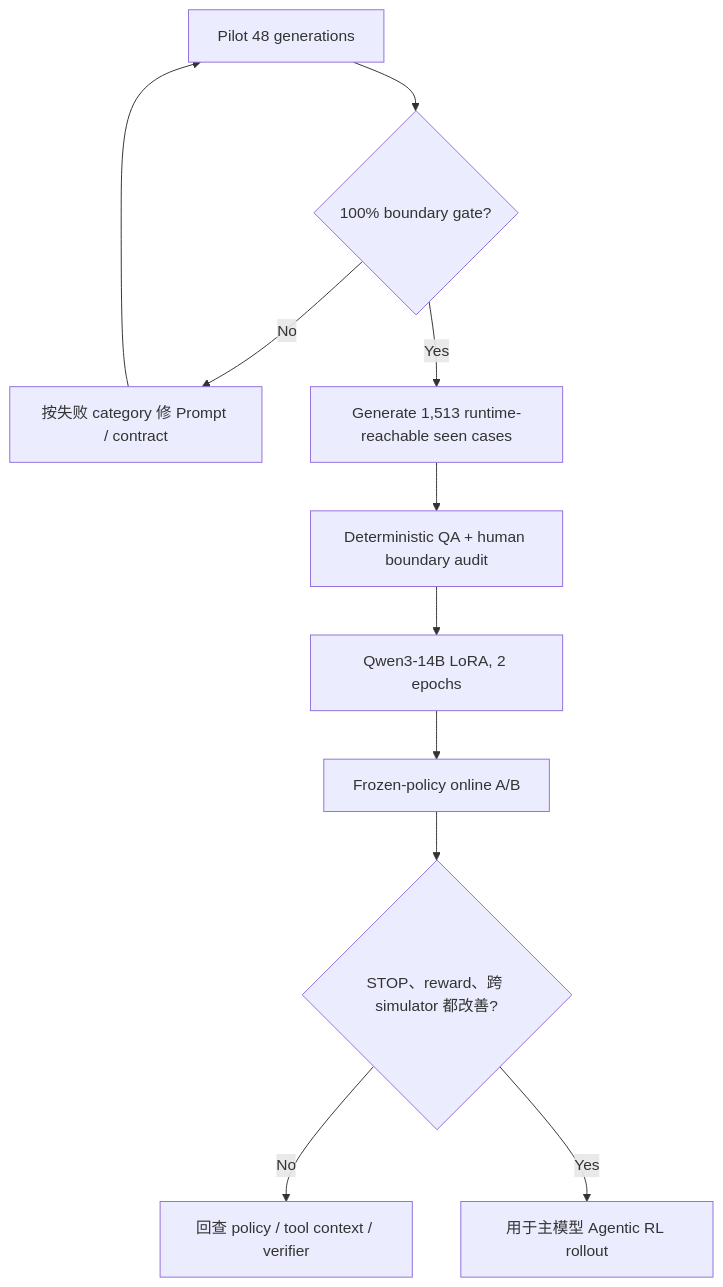
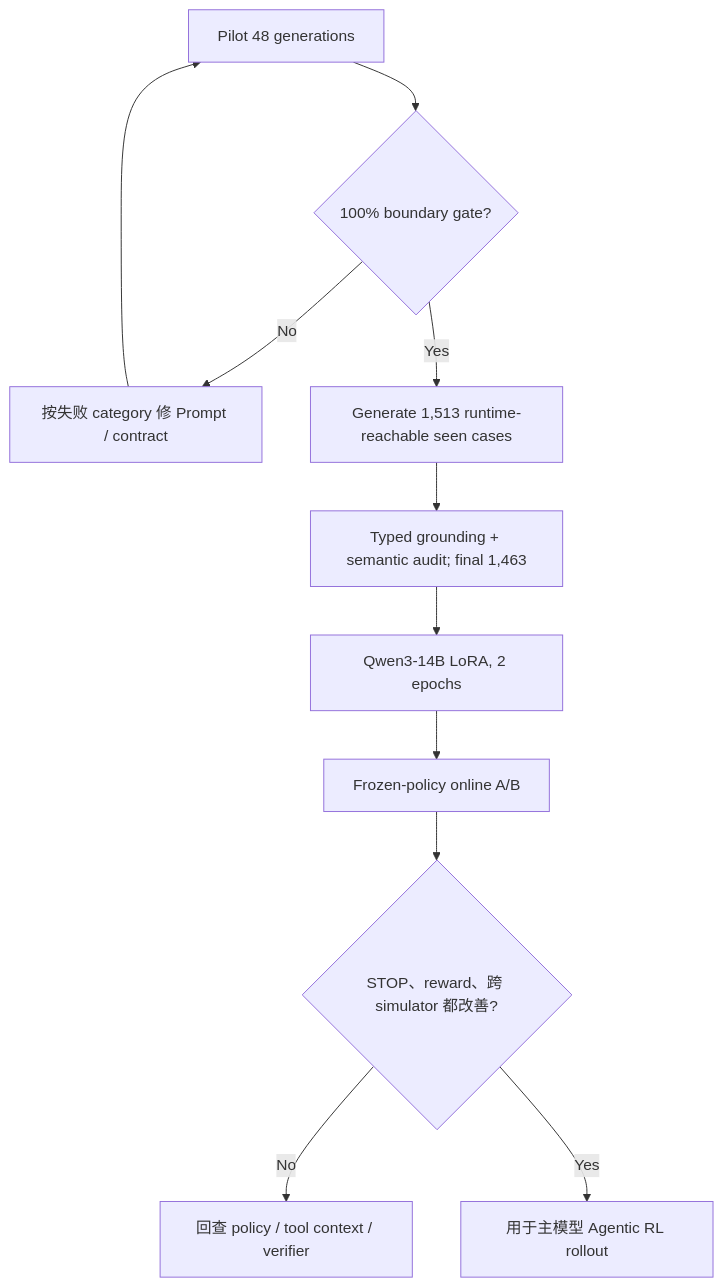
Before and after one commit to iOPEN-Xing/agentic-rl: the second of 2 diagrams in docs/user-simulator-data/README.md, drawn with Mermaid. The commit also changed other lines of this file and 14 other files, not shown here.

````diff
--- a/docs/user-simulator-data/README.md
+++ b/docs/user-simulator-data/README.md
@@ -394,13 +397,13 @@
 ```mermaid
 flowchart TD
     A["Pilot 48 generations"] --> B{"100% boundary gate?"}
     B -->|"No"| C["按失败 category 修 Prompt / contract"]
     C --> A
     B -->|"Yes"| D["Generate 1,513 runtime-reachable seen cases"]
-    D --> E["Deterministic QA + human boundary audit"]
+    D --> E["Typed grounding + semantic audit; final 1,463"]
     E --> F["Qwen3-14B LoRA, 2 epochs"]
     F --> G["Frozen-policy online A/B"]
     G --> H{"STOP、reward、跨 simulator 都改善?"}
     H -->|"No"| I["回查 policy / tool context / verifier"]
     H -->|"Yes"| J["用于主模型 Agentic RL rollout"]
 ```
````
